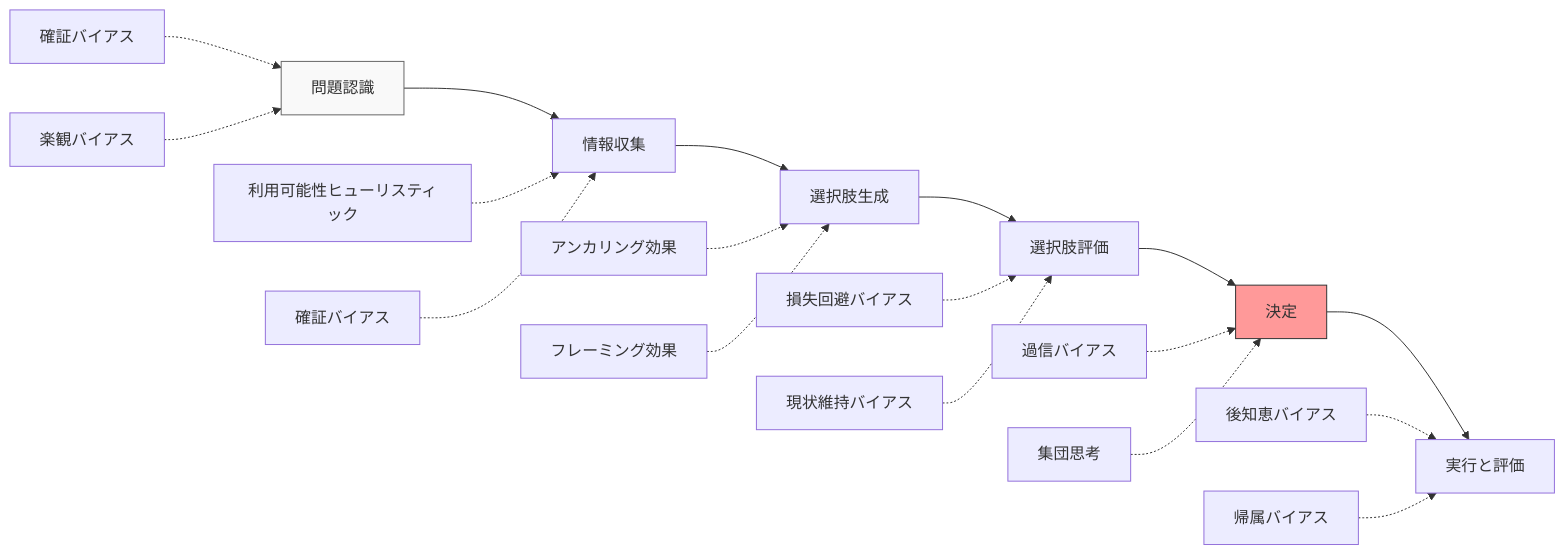
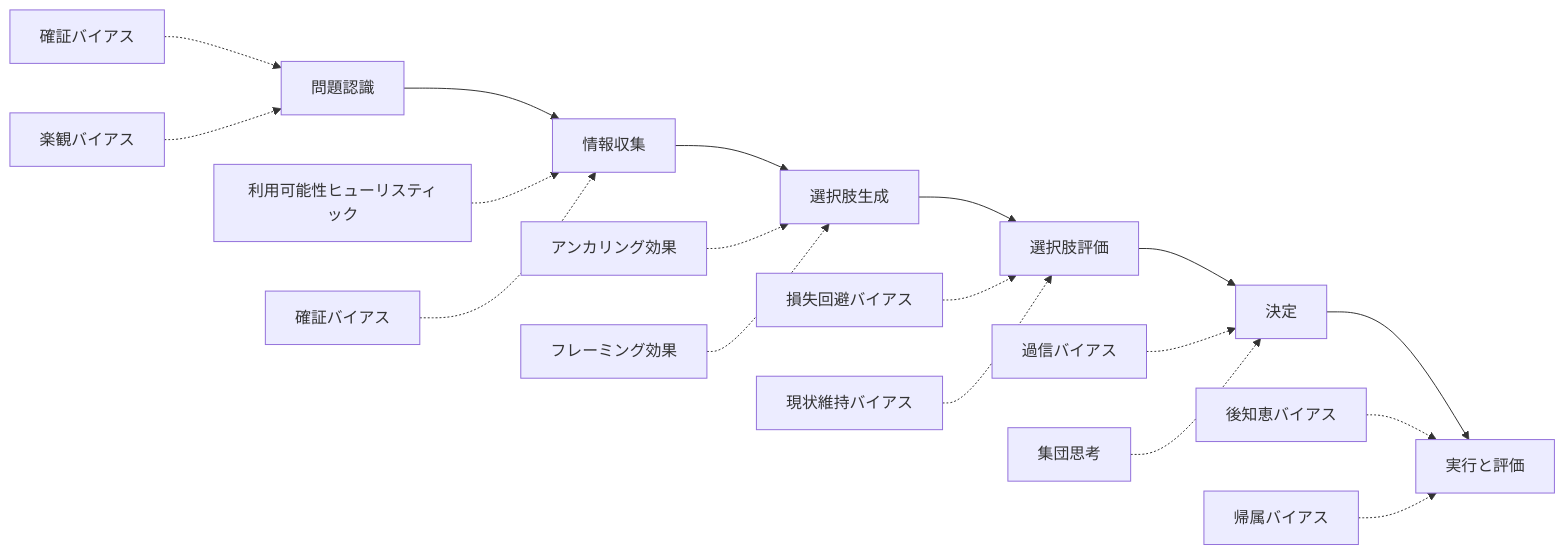
Before and after one commit to shuji-bonji/Situational-Awareness-and-Decision-Making: the second of 4 diagrams in docs/decision-making-guide/cognitive-biases.md, drawn with Mermaid. The commit also changed other lines of this file and 49 other files, not shown here.

Commit message:
fix: ダークモードで見づらい図の色の変更

````diff
--- a/docs/decision-making-guide/cognitive-biases.md
+++ b/docs/decision-making-guide/cognitive-biases.md
@@ -94,29 +94,29 @@
 ```mermaid
 graph LR
     A[問題認識] --> B[情報収集]
     B --> C[選択肢生成]
     C --> D[選択肢評価]
     D --> E[決定]
     E --> F[実行と評価]
     
     A1[確証バイアス] -.-> A
     A2[楽観バイアス] -.-> A
     
     B1[利用可能性ヒューリスティック] -.-> B
     B2[確証バイアス] -.-> B
     
     C1[アンカリング効果] -.-> C
     C2[フレーミング効果] -.-> C
     
     D1[損失回避バイアス] -.-> D
     D2[現状維持バイアス] -.-> D
     
     E1[過信バイアス] -.-> E
     E2[集団思考] -.-> E
     
     F1[後知恵バイアス] -.-> F
     F2[帰属バイアス] -.-> F
     
-    style A fill:#f9f9f9,stroke:#666
-    style E fill:#ff9999,stroke:#333
+
+
 ```
````
